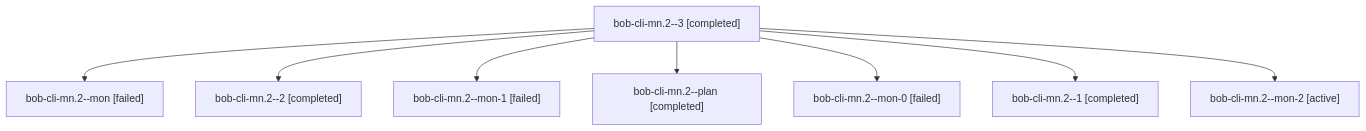
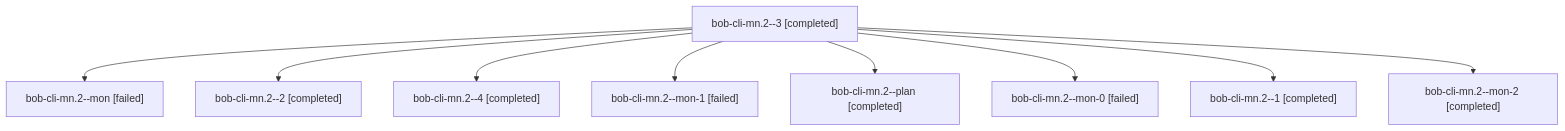
The diagram in sessions/bbugyi200.athena.bob-cli-mn.2.md (bobs-org/bob-cli--agents), drawn with Mermaid before and after one commit. The commit also changed other lines of this file and 36 other files, not shown here.

````diff
--- a/sessions/bbugyi200.athena.bob-cli-mn.2.md
+++ b/sessions/bbugyi200.athena.bob-cli-mn.2.md
@@ -9,18 +9,20 @@
 ```mermaid
 flowchart TD
   n0["bob-cli-mn.2--3 [completed]"]
   n1["bob-cli-mn.2--mon [failed]"]
   n0 --> n1
   n2["bob-cli-mn.2--2 [completed]"]
   n0 --> n2
-  n3["bob-cli-mn.2--mon-1 [failed]"]
+  n3["bob-cli-mn.2--4 [completed]"]
   n0 --> n3
-  n4["bob-cli-mn.2--plan [completed]"]
+  n4["bob-cli-mn.2--mon-1 [failed]"]
   n0 --> n4
-  n5["bob-cli-mn.2--mon-0 [failed]"]
+  n5["bob-cli-mn.2--plan [completed]"]
   n0 --> n5
-  n6["bob-cli-mn.2--1 [completed]"]
+  n6["bob-cli-mn.2--mon-0 [failed]"]
   n0 --> n6
-  n7["bob-cli-mn.2--mon-2 [active]"]
+  n7["bob-cli-mn.2--1 [completed]"]
   n0 --> n7
+  n8["bob-cli-mn.2--mon-2 [completed]"]
+  n0 --> n8
 ```
````
